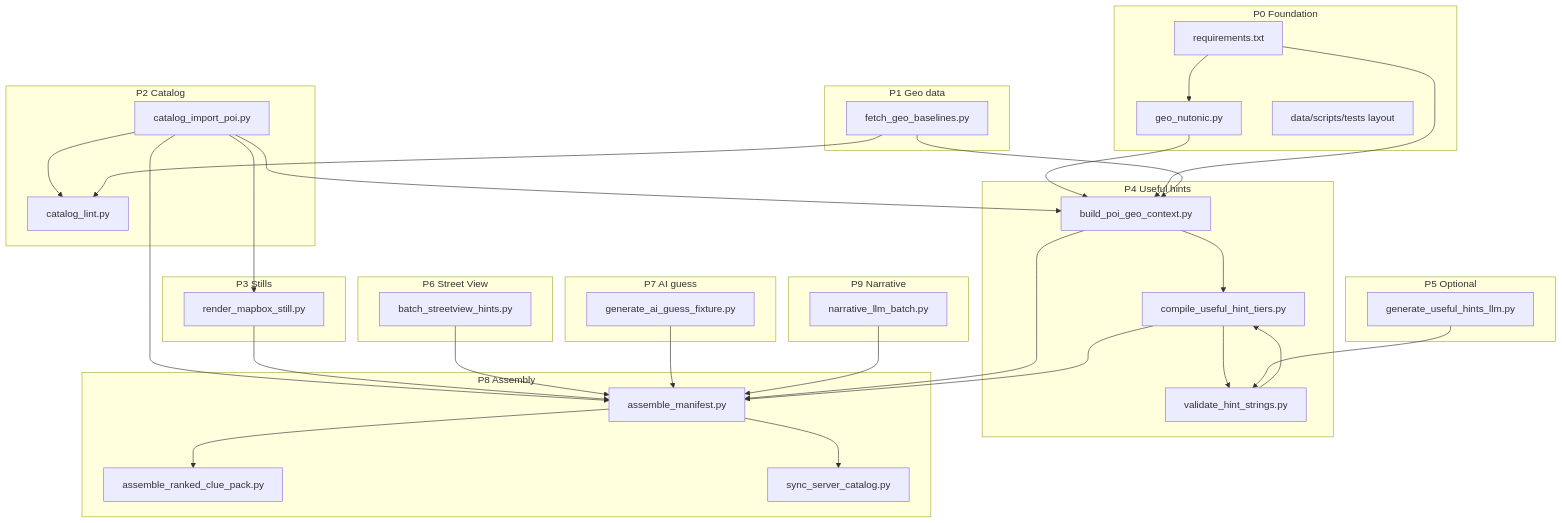
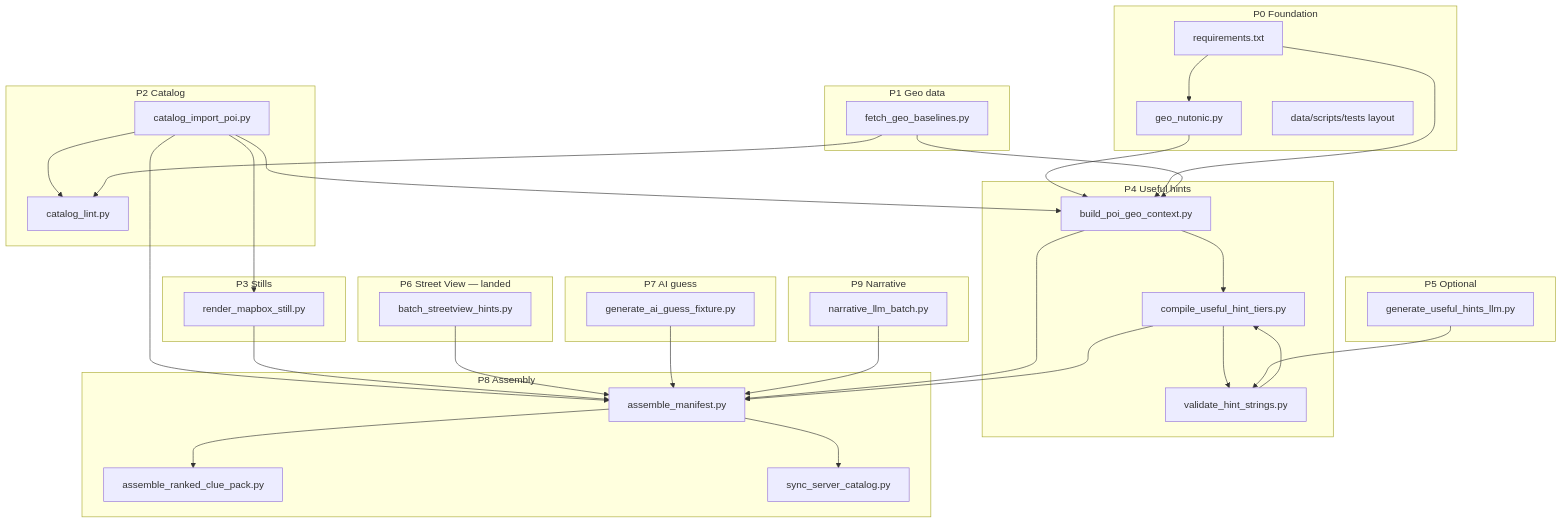
One commit to Josephrp/nutonic changed the diagram in plans/2026-04-14-data-scripts-implementation-track.md. Above: the diagram before and after it, drawn with Mermaid. The commit also changed other lines of this file and 887 other files, not shown here.

````diff
--- a/plans/2026-04-14-data-scripts-implementation-track.md
+++ b/plans/2026-04-14-data-scripts-implementation-track.md
@@ -27,61 +27,61 @@
 ```mermaid
 flowchart TD
   subgraph P0[P0 Foundation]
     GN[geo_nutonic.py]
     REQ[requirements.txt]
     TST[data/scripts/tests layout]
   end
   subgraph P1[P1 Geo data]
     FG[fetch_geo_baselines.py]
   end
   subgraph P2[P2 Catalog]
     CI[catalog_import_poi.py]
     CL[catalog_lint.py]
   end
   subgraph P3[P3 Stills]
     RS[render_mapbox_still.py]
   end
   subgraph P4[P4 Useful hints]
     VH[validate_hint_strings.py]
     BG[build_poi_geo_context.py]
     CT[compile_useful_hint_tiers.py]
   end
   subgraph P5[P5 Optional]
     LLM[generate_useful_hints_llm.py]
   end
-  subgraph P6[P6 Street View]
+  subgraph P6[P6 Street View — landed]
     BV[batch_streetview_hints.py]
   end
   subgraph P7[P7 AI guess]
     AG[generate_ai_guess_fixture.py]
   end
   subgraph P8[P8 Assembly]
     AM[assemble_manifest.py]
     AR[assemble_ranked_clue_pack.py]
     SY[sync_server_catalog.py]
   end
   subgraph P9[P9 Narrative]
     NB[narrative_llm_batch.py]
   end
   GN --> BG
   REQ --> GN
   REQ --> BG
   FG --> BG
   CI --> CL
   CI --> RS
   CI --> BG
   CI --> AM
   FG --> CL
   VH --> CT
   BG --> CT
   CT --> VH
   LLM --> VH
   RS --> AM
   BG --> AM
   CT --> AM
   BV --> AM
   AG --> AM
   AM --> AR
   AM --> SY
   NB --> AM
 ```
````
